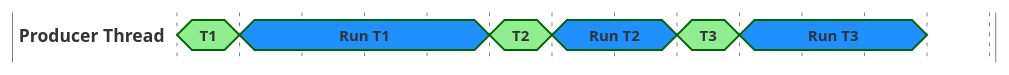
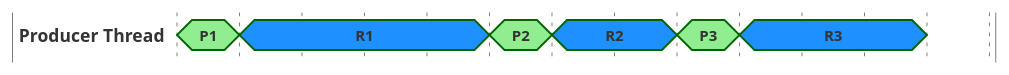
Before and after one commit to jetty/jetty.project: the first of 4 diagrams in documentation/jetty/modules/programming-guide/pages/arch/threads.adoc, drawn with PlantUML. The commit also changed other lines of this file, not shown here.

```diff
--- a/documentation/jetty/modules/programming-guide/pages/arch/threads.adoc
+++ b/documentation/jetty/modules/programming-guide/pages/arch/threads.adoc
@@ -50,16 +50,16 @@
 [plantuml]
 ----
 skinparam backgroundColor transparent
 
 compact concise "Producer Thread" as PT
 hide time-axis
 
 @PT
-0 is T1 #lightgreen
-1 is "Run T1" #dodgerblue
-5 is T2 #lightgreen
-6 is "Run T2" #dodgerblue
-8 is T3 #lightgreen
-9 is "Run T3" #dodgerblue
+0 is P1 #lightgreen
+1 is R1 #dodgerblue
+5 is P2 #lightgreen
+6 is R2 #dodgerblue
+8 is P3 #lightgreen
+9 is R3 #dodgerblue
 12 is {hidden}
 ----
```
